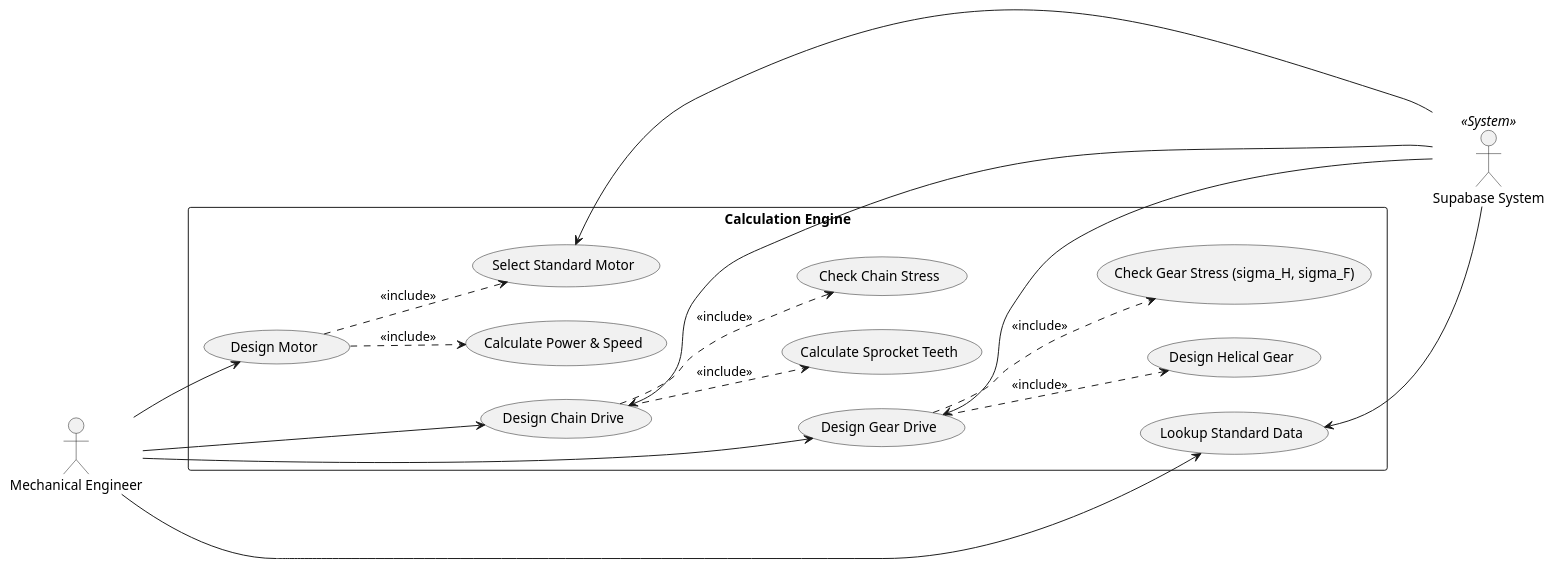
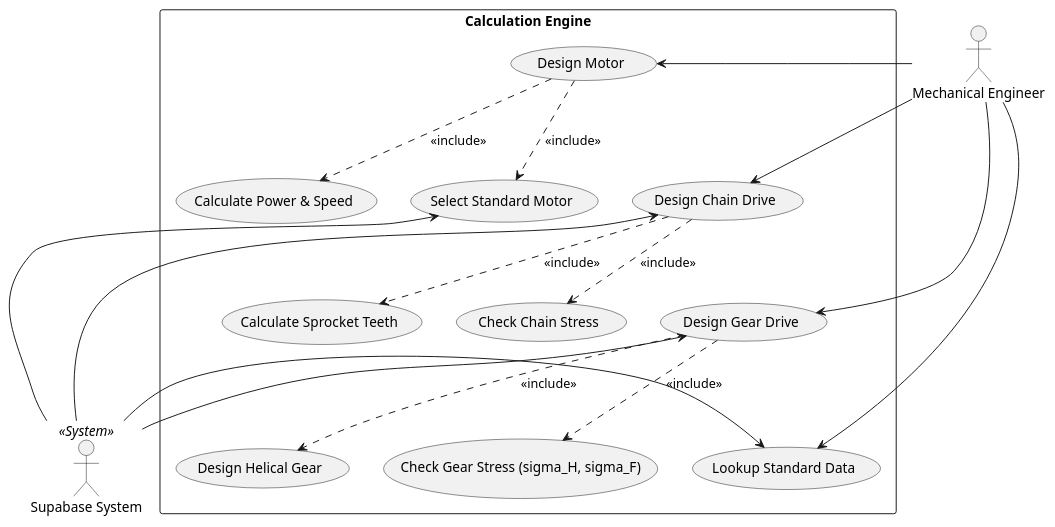
Before and after one commit to dvydinh/mechdrive: the diagram in docs/uml/uc_calc.puml, drawn with PlantUML. The commit also changed 5 other files, not shown here.

```diff
--- a/docs/uml/uc_calc.puml
+++ b/docs/uml/uc_calc.puml
@@ -1,47 +1,48 @@
 @startuml
-left to right direction
 skinparam packageStyle rectangle
 
 actor "Mechanical Engineer" as eng
 actor "Supabase System" as db << System >>
+
+eng -[hidden]right-> db
 
 package "Calculation Engine" {
   usecase "Design Motor" as UC1
   usecase "Calculate Power & Speed" as UC1_1
   usecase "Select Standard Motor" as UC1_2
   
   usecase "Design Chain Drive" as UC2
   usecase "Calculate Sprocket Teeth" as UC2_1
   usecase "Check Chain Stress" as UC2_2
   
   usecase "Design Gear Drive" as UC3
   usecase "Design Helical Gear" as UC3_2
   usecase "Check Gear Stress (sigma_H, sigma_F)" as UC3_3
   
   usecase "Lookup Standard Data" as UC5
 }
 
 UC1 -[hidden]down-> UC2
 UC2 -[hidden]down-> UC3
 UC3 -[hidden]down-> UC5
 
-eng --> UC1
-UC1 ..> UC1_1 : <<include>>
-UC1 ..> UC1_2 : <<include>>
+eng -right-> UC1
+UC1 .down.> UC1_1 : <<include>>
+UC1 .down.> UC1_2 : <<include>>
 
-eng --> UC2
-UC2 ..> UC2_1 : <<include>>
-UC2 ..> UC2_2 : <<include>>
+eng -right-> UC2
+UC2 .down.> UC2_1 : <<include>>
+UC2 .down.> UC2_2 : <<include>>
 
-eng --> UC3
-UC3 ..> UC3_2 : <<include>>
-UC3 ..> UC3_3 : <<include>>
+eng -right-> UC3
+UC3 .down.> UC3_2 : <<include>>
+UC3 .down.> UC3_3 : <<include>>
 
-eng --> UC5
+eng -right-> UC5
 
-UC1_2 <-- db
-UC2 <-- db
-UC3 <-- db
-UC5 <-- db
+db -left-> UC1_2
+db -left-> UC2
+db -left-> UC3
+db -left-> UC5
 
 @enduml
```
